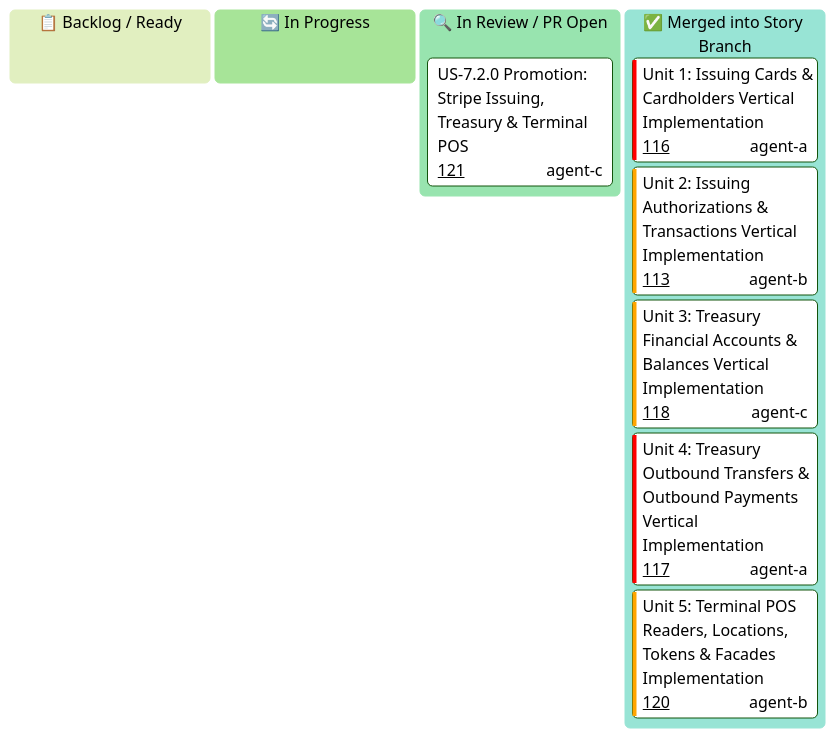
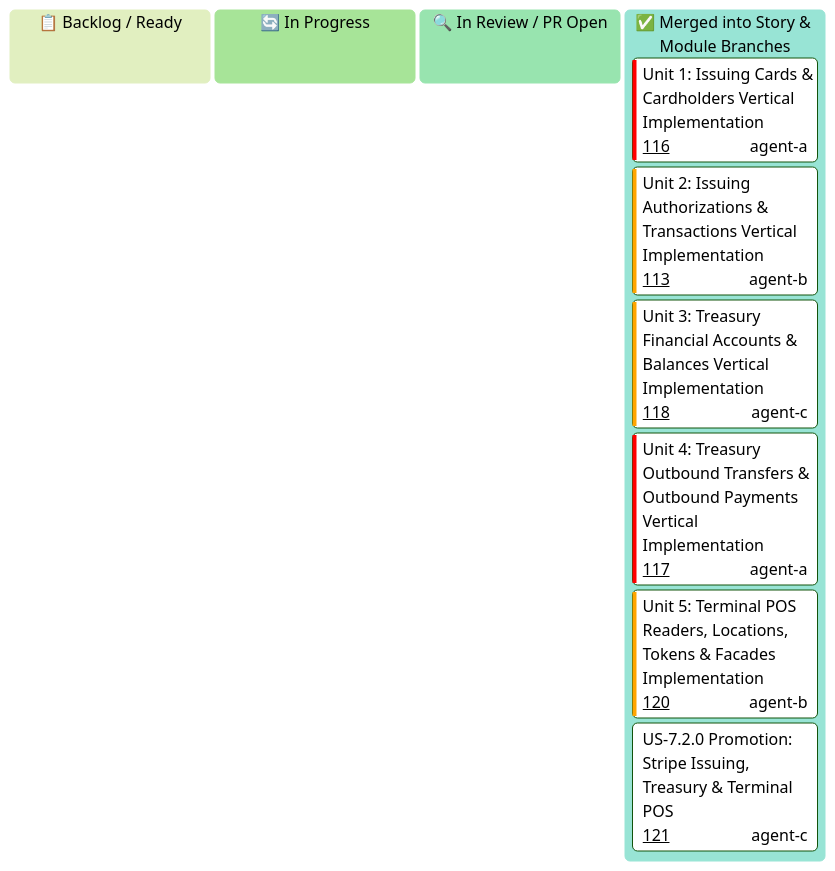
The diagram in docs/user-stories/module-7-specialized-product-namespaces/US-7.2.0-KANBAN.md (some-of-cs/some-stripe), drawn with Mermaid (forest theme) before and after one commit. The commit also changed other lines of this file and 2 other files, not shown here.

Commit message:
docs(us-7.2.0): update checkpoint and kanban boards with PR #121 merged into module branch

````diff
--- a/docs/user-stories/module-7-specialized-product-namespaces/US-7.2.0-KANBAN.md
+++ b/docs/user-stories/module-7-specialized-product-namespaces/US-7.2.0-KANBAN.md
@@ -16,18 +16,18 @@
 ```mermaid
 ---
 config:
   kanban:
     ticketBaseUrl: 'https://github.com/some-of-cs/some-stripe/pull/#TICKET#'
 ---
 kanban
   todo[📋 Backlog / Ready]
   in_progress[🔄 In Progress]
   in_review[🔍 In Review / PR Open]
-    us72_promotion[US-7.2.0 Promotion: Stripe Issuing, Treasury & Terminal POS]@{ ticket: '121', assigned: 'agent-c', priority: 'Critical' }
-  done[✅ Merged into Story Branch]
+  done[✅ Merged into Story & Module Branches]
     u1[Unit 1: Issuing Cards & Cardholders Vertical Implementation]@{ ticket: '116', assigned: 'agent-a', priority: 'Very High' }
     u2[Unit 2: Issuing Authorizations & Transactions Vertical Implementation]@{ ticket: '113', assigned: 'agent-b', priority: 'High' }
     u3[Unit 3: Treasury Financial Accounts & Balances Vertical Implementation]@{ ticket: '118', assigned: 'agent-c', priority: 'High' }
     u4[Unit 4: Treasury Outbound Transfers & Outbound Payments Vertical Implementation]@{ ticket: '117', assigned: 'agent-a', priority: 'Very High' }
     u5[Unit 5: Terminal POS Readers, Locations, Tokens & Facades Implementation]@{ ticket: '120', assigned: 'agent-b', priority: 'High' }
+    us72_promotion[US-7.2.0 Promotion: Stripe Issuing, Treasury & Terminal POS]@{ ticket: '121', assigned: 'agent-c', priority: 'Critical' }
 ```
````
